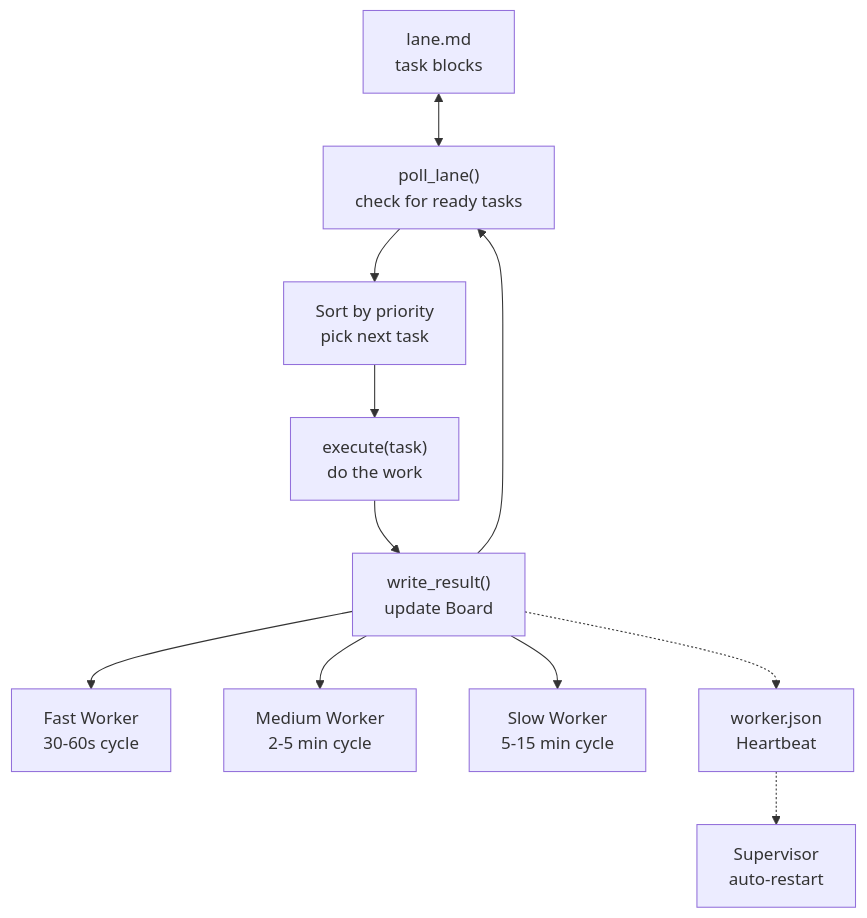
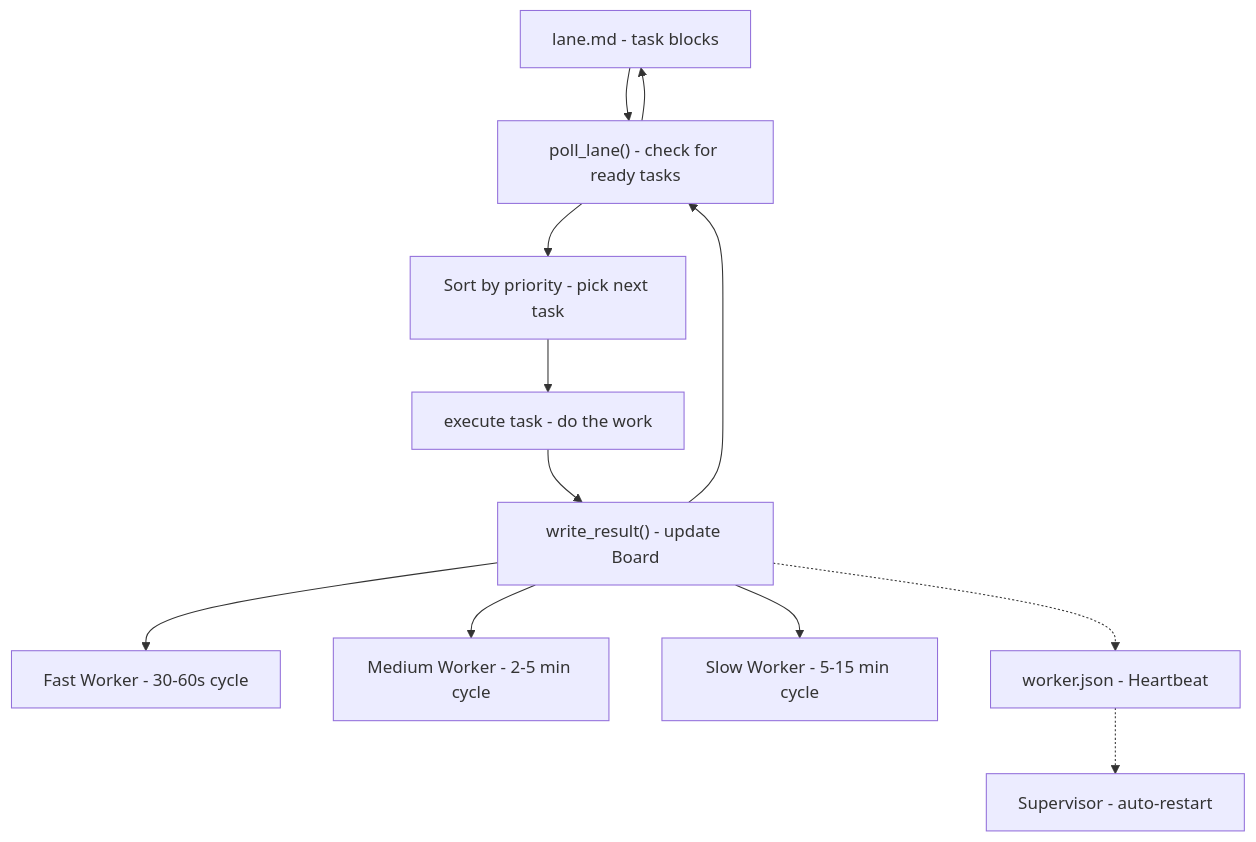
One commit to mmartoccia/ghost-orchestration-pattern changed the third of 6 diagrams in README.md. Above: the diagram before and after it, drawn with Mermaid. The commit also changed other lines of this file and 5 other files, not shown here.

Commit message:
Fix Mermaid: replace backslash-n and <--> with GitHub-safe syntax

````diff
--- a/README.md
+++ b/README.md
@@ -93,13 +93,14 @@
 ```mermaid
 flowchart TD
-    L["lane.md\ntask blocks"] <--> P
-    P["poll_lane()\ncheck for ready tasks"] --> R["Sort by priority\npick next task"]
-    R --> E["execute(task)\ndo the work"]
-    E --> W["write_result()\nupdate Board"]
+    L["lane.md - task blocks"] --> P
+    P --> L
+    P["poll_lane() - check for ready tasks"] --> R["Sort by priority - pick next task"]
+    R --> E["execute task - do the work"]
+    E --> W["write_result() - update Board"]
     W --> P
-    W --> T1["Fast Worker\n30-60s cycle"]
-    W --> T2["Medium Worker\n2-5 min cycle"]
-    W --> T3["Slow Worker\n5-15 min cycle"]
-    W -.-> H["worker.json\nHeartbeat"]
-    H -.-> S["Supervisor\nauto-restart"]
+    W --> T1["Fast Worker - 30-60s cycle"]
+    W --> T2["Medium Worker - 2-5 min cycle"]
+    W --> T3["Slow Worker - 5-15 min cycle"]
+    W -.-> H["worker.json - Heartbeat"]
+    H -.-> S["Supervisor - auto-restart"]
 ```
````
